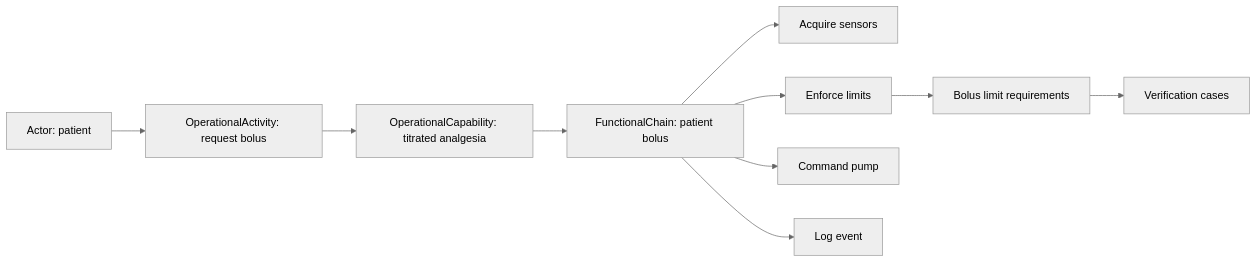
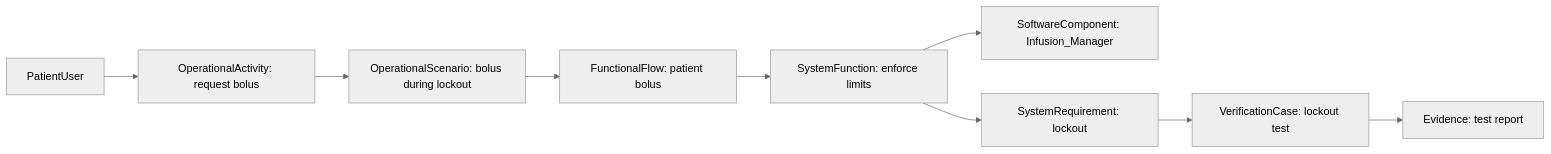
The diagram in docs/examples/gpca-walkthrough.md (memoarchitect/memo), drawn with Mermaid (neutral theme) before and after one commit. The commit also changed other lines of this file and 177 other files, not shown here.

````diff
--- a/docs/examples/gpca-walkthrough.md
+++ b/docs/examples/gpca-walkthrough.md
@@ -28,12 +52,11 @@
 ```mermaid
 flowchart LR
-    Patient[Actor: patient] --> Request[OperationalActivity: request bolus]
-    Request --> Capability[OperationalCapability: titrated analgesia]
-    Capability --> Chain[FunctionalChain: patient bolus]
-    Chain --> Sense[Acquire sensors]
-    Chain --> Limits[Enforce limits]
-    Chain --> Command[Command pump]
-    Chain --> Log[Log event]
-    Limits --> Requirement[Bolus limit requirements]
-    Requirement --> Verification[Verification cases]
+    Patient[PatientUser] --> Request[OperationalActivity: request bolus]
+    Request --> Scenario[OperationalScenario: bolus during lockout]
+    Scenario --> Chain[FunctionalFlow: patient bolus]
+    Chain --> Limit[SystemFunction: enforce limits]
+    Limit --> IM[SoftwareComponent: Infusion_Manager]
+    Limit --> Req[SystemRequirement: lockout]
+    Req --> VC[VerificationCase: lockout test]
+    VC --> Ev[Evidence: test report]
 ```
````
